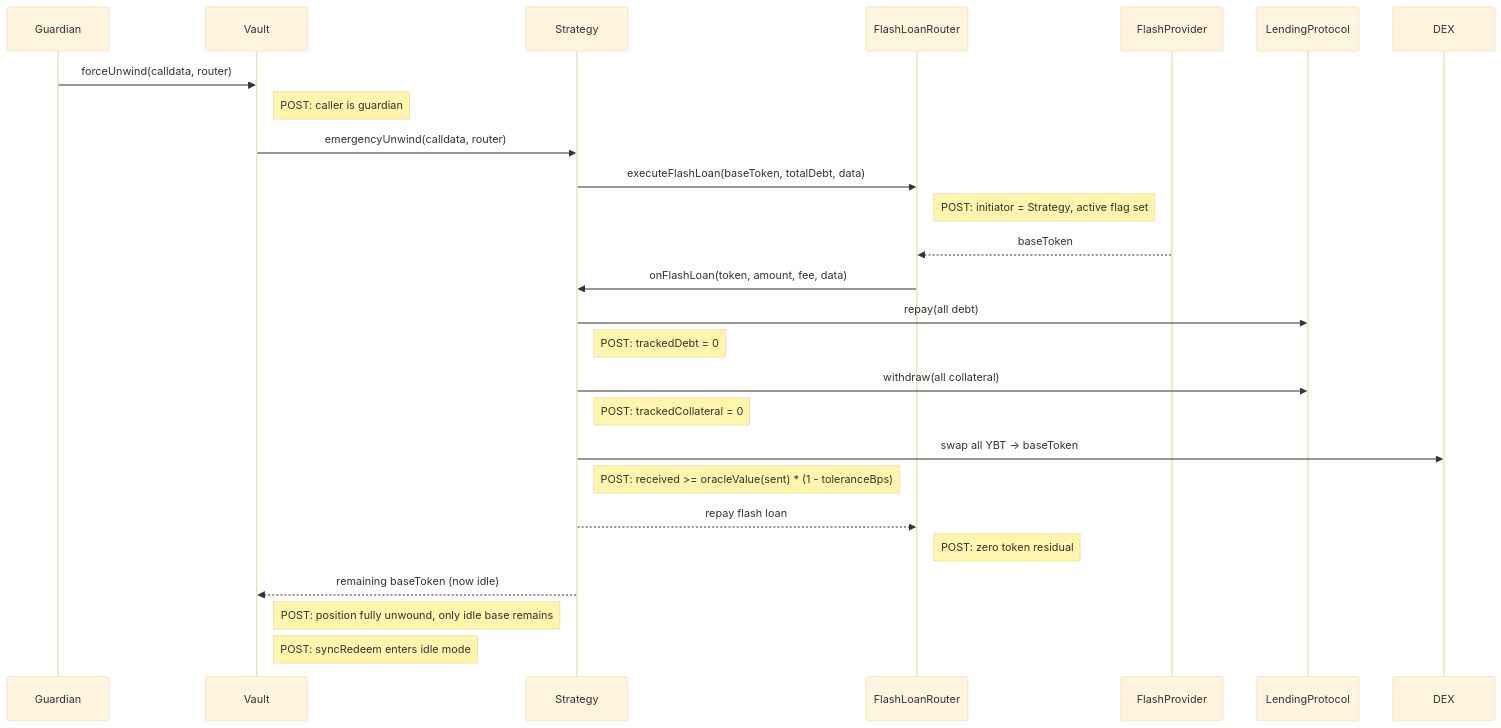
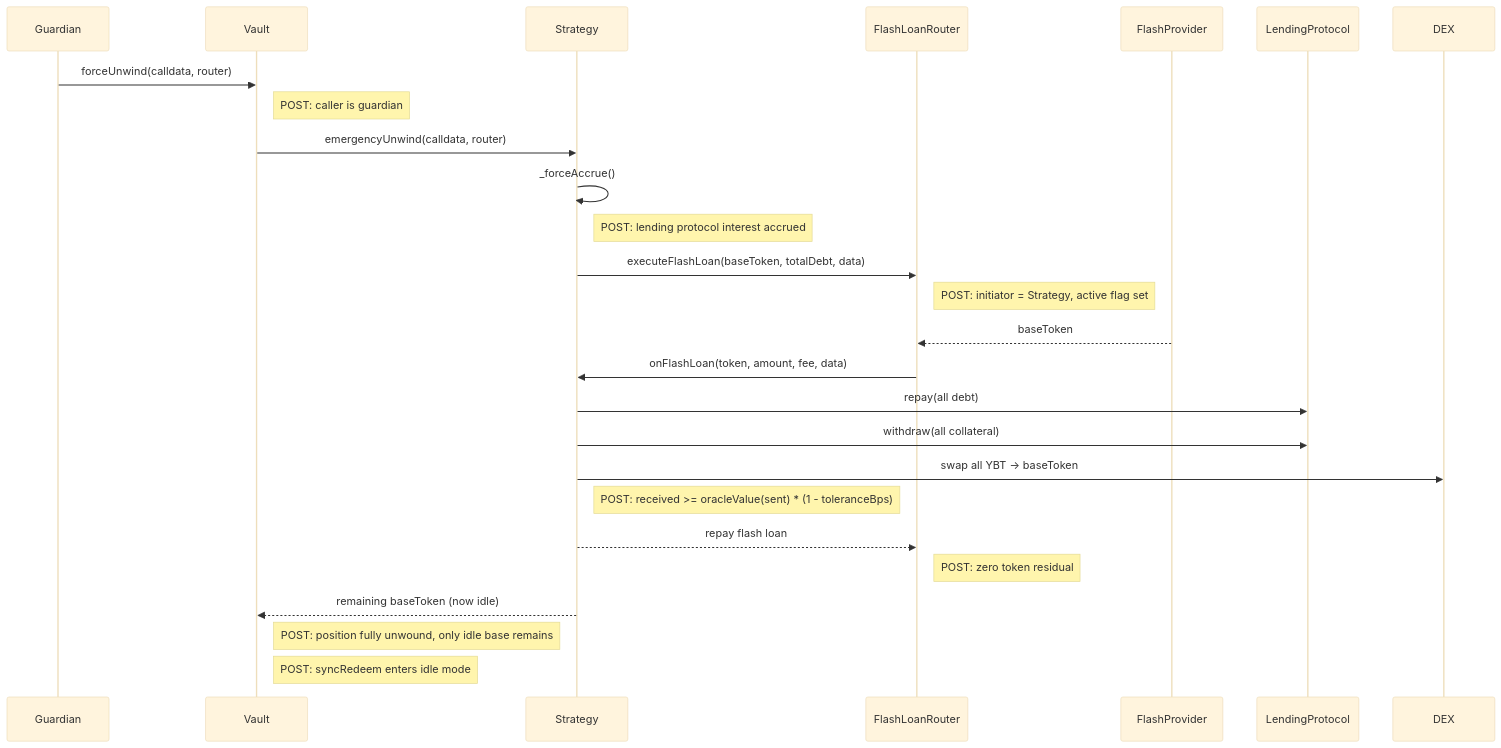
One commit to evgenynacu/leverage-vaults changed the tenth of 16 diagrams in docs/architecture/call-diagrams.md. Above: the diagram before and after it, drawn with Mermaid (base theme). The commit also changed other lines of this file and 9 other files, not shown here.

````diff
--- a/docs/architecture/call-diagrams.md
+++ b/docs/architecture/call-diagrams.md
@@ -210,21 +205,21 @@
 ```mermaid
 sequenceDiagram
     Guardian->>Vault: forceUnwind(calldata, router)
     note right of Vault: POST: caller is guardian
     Vault->>Strategy: emergencyUnwind(calldata, router)
+    Strategy->>Strategy: _forceAccrue()
+    note right of Strategy: POST: lending protocol interest accrued
     Strategy->>FlashLoanRouter: executeFlashLoan(baseToken, totalDebt, data)
     note right of FlashLoanRouter: POST: initiator = Strategy, active flag set
     FlashProvider-->>FlashLoanRouter: baseToken
     FlashLoanRouter->>Strategy: onFlashLoan(token, amount, fee, data)
     Strategy->>LendingProtocol: repay(all debt)
-    note right of Strategy: POST: trackedDebt = 0
     Strategy->>LendingProtocol: withdraw(all collateral)
-    note right of Strategy: POST: trackedCollateral = 0
     Strategy->>DEX: swap all YBT -> baseToken
     note right of Strategy: POST: received >= oracleValue(sent) * (1 - toleranceBps)
     Strategy-->>FlashLoanRouter: repay flash loan
     note right of FlashLoanRouter: POST: zero token residual
     Strategy-->>Vault: remaining baseToken (now idle)
     note right of Vault: POST: position fully unwound, only idle base remains
     note right of Vault: POST: syncRedeem enters idle mode
 ```
````
